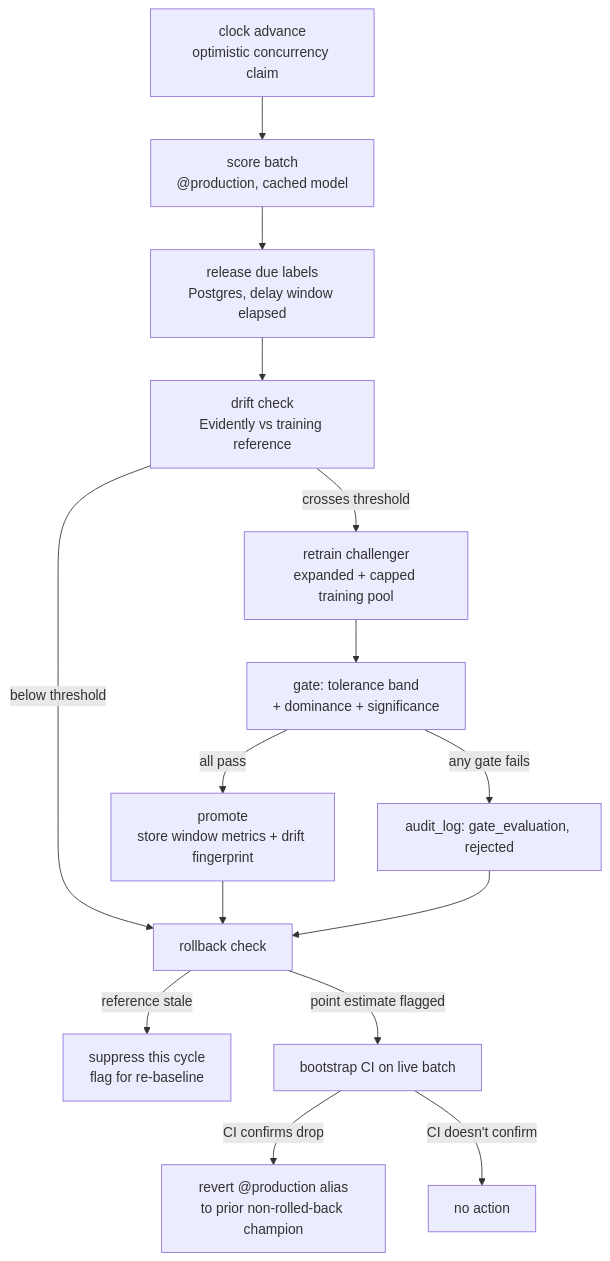
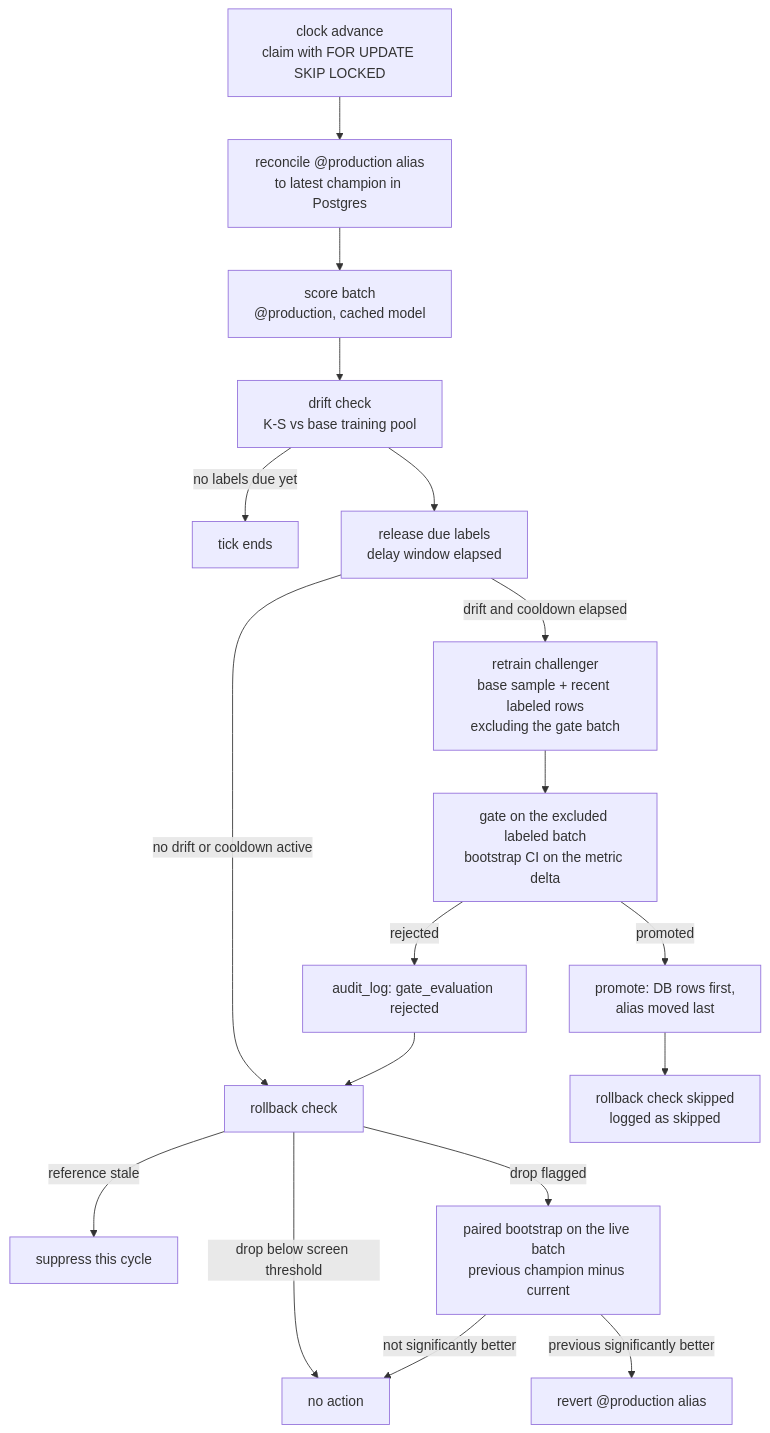
Before and after one commit to abhinavharbola/credit-risk-autopilot: the diagram in README.md, drawn with Mermaid. The commit also changed other lines of this file and 7 other files, not shown here.

````diff
--- a/README.md
+++ b/README.md
@@ -34,17 +34,20 @@
 ```mermaid
 flowchart TD
-    clock[clock advance\noptimistic concurrency claim] --> score[score batch\n@production, cached model]
-    score --> release[release due labels\nPostgres, delay window elapsed]
-    release --> drift[drift check\nEvidently vs training reference]
-    drift -->|below threshold| rollback
-    drift -->|crosses threshold| retrain[retrain challenger\nexpanded + capped training pool]
-    retrain --> gate[gate: tolerance band\n+ dominance + significance]
-    gate -->|any gate fails| audit1[audit_log: gate_evaluation, rejected]
-    gate -->|all pass| promote[promote\nstore window metrics + drift fingerprint]
-    promote --> rollback[rollback check]
-    audit1 --> rollback
-    rollback -->|reference stale| suppress[suppress this cycle\nflag for re-baseline]
-    rollback -->|point estimate flagged| bootstrap[bootstrap CI on live batch]
-    bootstrap -->|CI confirms drop| revert[revert @production alias\nto prior non-rolled-back champion]
-    bootstrap -->|CI doesn't confirm| noop[no action]
+    clock[clock advance<br/>claim with FOR UPDATE SKIP LOCKED] --> reconcile[reconcile @production alias<br/>to latest champion in Postgres]
+    reconcile --> score[score batch<br/>@production, cached model]
+    score --> drift[drift check<br/>K-S vs base training pool]
+    drift -->|no labels due yet| stop[tick ends]
+    drift --> release[release due labels<br/>delay window elapsed]
+    release -->|no drift or cooldown active| rollback
+    release -->|drift and cooldown elapsed| retrain[retrain challenger<br/>base sample + recent labeled rows<br/>excluding the gate batch]
+    retrain --> gate[gate on the excluded labeled batch<br/>bootstrap CI on the metric delta]
+    gate -->|rejected| audit1[audit_log: gate_evaluation rejected]
+    gate -->|promoted| promote[promote: DB rows first,<br/>alias moved last]
+    promote --> skip[rollback check skipped<br/>logged as skipped]
+    audit1 --> rollback[rollback check]
+    rollback -->|reference stale| suppress[suppress this cycle]
+    rollback -->|drop below screen threshold| noop[no action]
+    rollback -->|drop flagged| paired[paired bootstrap on the live batch<br/>previous champion minus current]
+    paired -->|previous significantly better| revert[revert @production alias]
+    paired -->|not significantly better| noop
 ```
````
